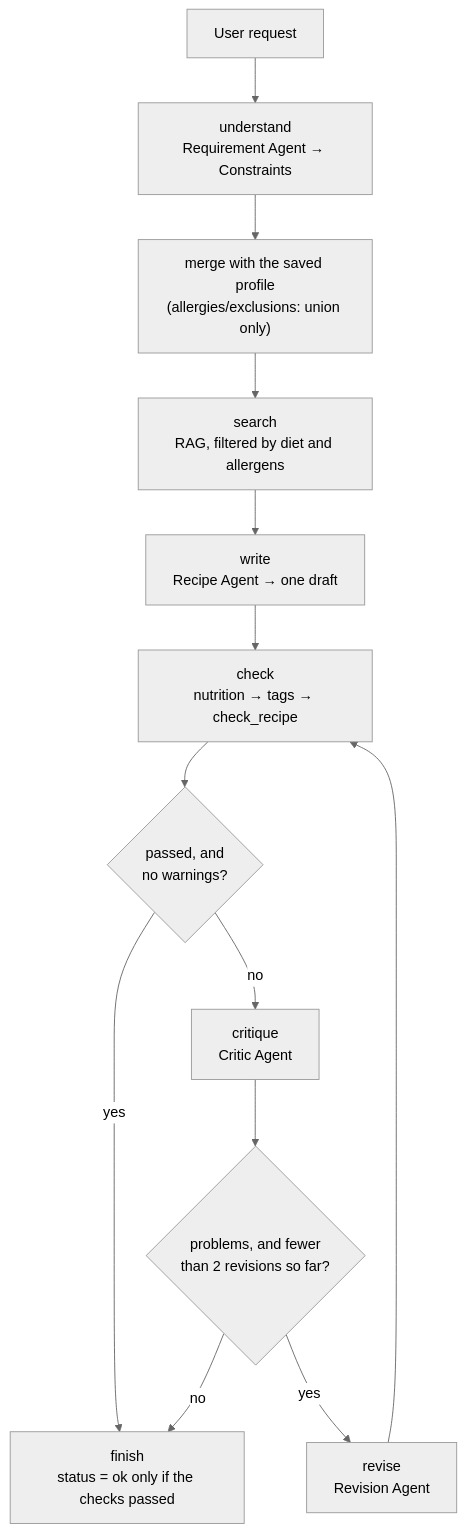
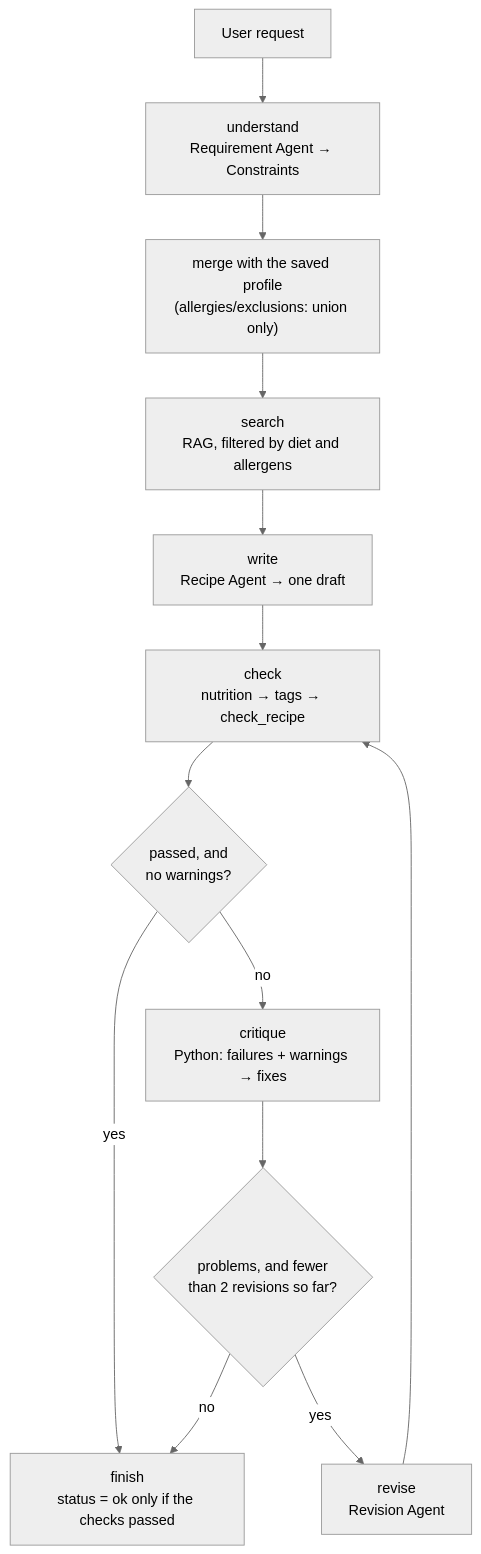
Before and after one commit to ShubhranshuVerma/NutriChef_AI: the second of 6 diagrams in docs/architecture.md, drawn with Mermaid (neutral theme). The commit also changed other lines of this file and 14 other files, not shown here.

Commit message:
Make the agents deterministic: Python critic, fixed sampling, saved answers

````diff
--- a/docs/architecture.md
+++ b/docs/architecture.md
@@ -97,15 +110,15 @@
 ```mermaid
 flowchart TD
     A["User request"] --> B["understand<br/>Requirement Agent → Constraints"]
     B --> C["merge with the saved profile<br/>(allergies/exclusions: union only)"]
     C --> D["search<br/>RAG, filtered by diet and allergens"]
     D --> E["write<br/>Recipe Agent → one draft"]
     E --> F["check<br/>nutrition → tags → check_recipe"]
     F --> K{"passed, and<br/>no warnings?"}
     K -->|"yes"| J
-    K -->|"no"| G["critique<br/>Critic Agent"]
+    K -->|"no"| G["critique<br/>Python: failures + warnings → fixes"]
     G --> H{"problems, and fewer<br/>than 2 revisions so far?"}
     H -->|"yes"| I["revise<br/>Revision Agent"]
     I --> F
     H -->|"no"| J["finish<br/>status = ok only if the checks passed"]
 ```
````
